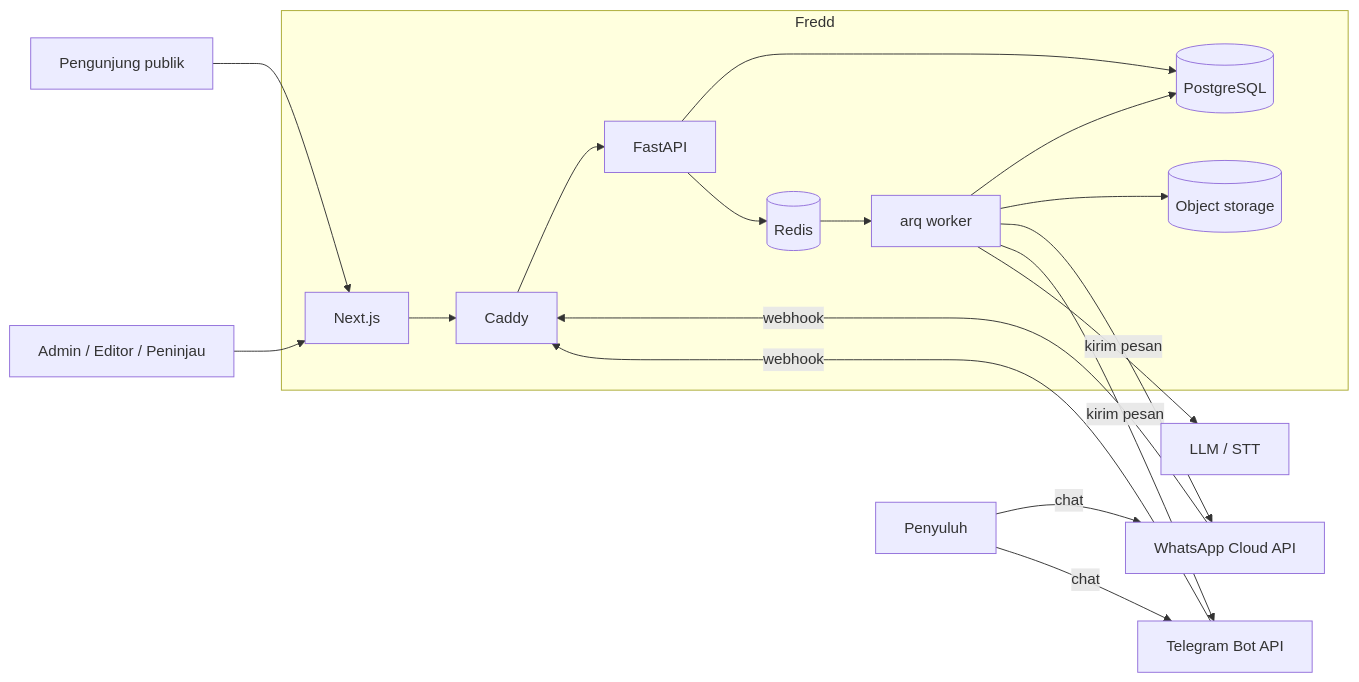
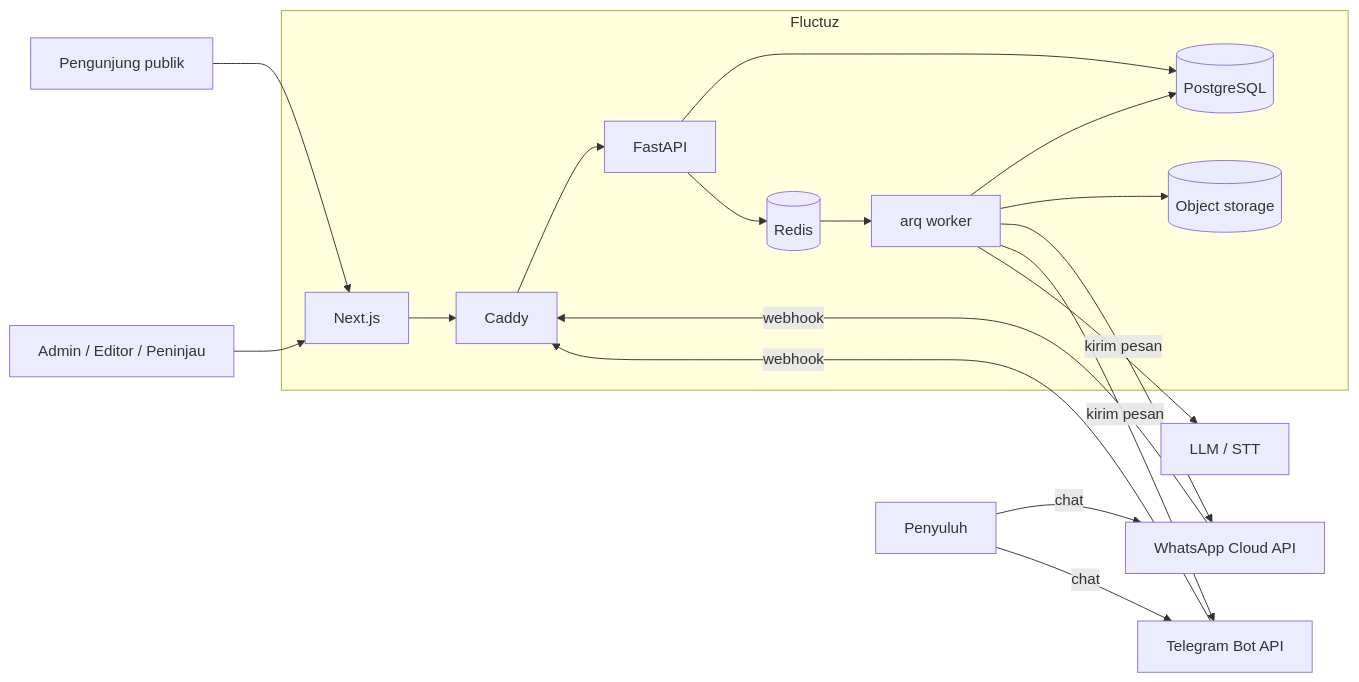
One commit to indrarasyid07/fredd-backend changed the first of 3 diagrams in docs/13-diagrams/system-diagrams.md. Above: the diagram before and after it, drawn with Mermaid. The commit also changed other lines of this file and 35 other files, not shown here.

````diff
--- a/docs/13-diagrams/system-diagrams.md
+++ b/docs/13-diagrams/system-diagrams.md
@@ -5,30 +5,30 @@
 ```mermaid
 flowchart LR
   visitor[Pengunjung publik] --> web
   admin[Admin / Editor / Peninjau] --> web
   worker_person[Penyuluh] -->|chat| wa[WhatsApp Cloud API]
   worker_person -->|chat| tg[Telegram Bot API]
 
-  subgraph fredd[Fredd]
+  subgraph fluctuz[Fluctuz]
     caddy[Caddy]
     web[Next.js]
     api[FastAPI]
     queue[(Redis)]
     jobs[arq worker]
     db[(PostgreSQL)]
     files[(Object storage)]
   end
 
   web --> caddy
   caddy --> api
   wa -->|webhook| caddy
   tg -->|webhook| caddy
   api --> db
   api --> queue
   queue --> jobs
   jobs --> db
   jobs --> files
   jobs -->|kirim pesan| wa
   jobs -->|kirim pesan| tg
   jobs --> llm[LLM / STT]
 ```
````
